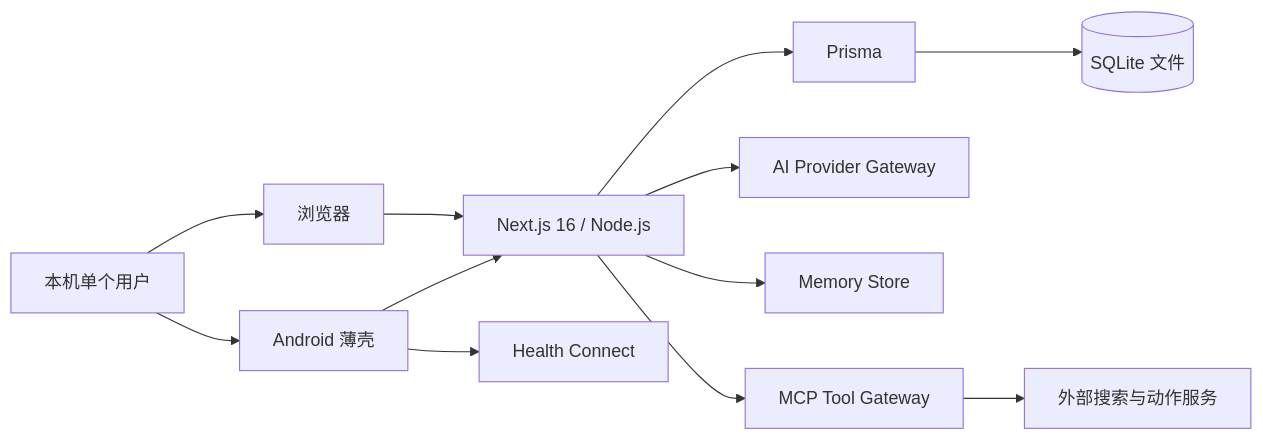
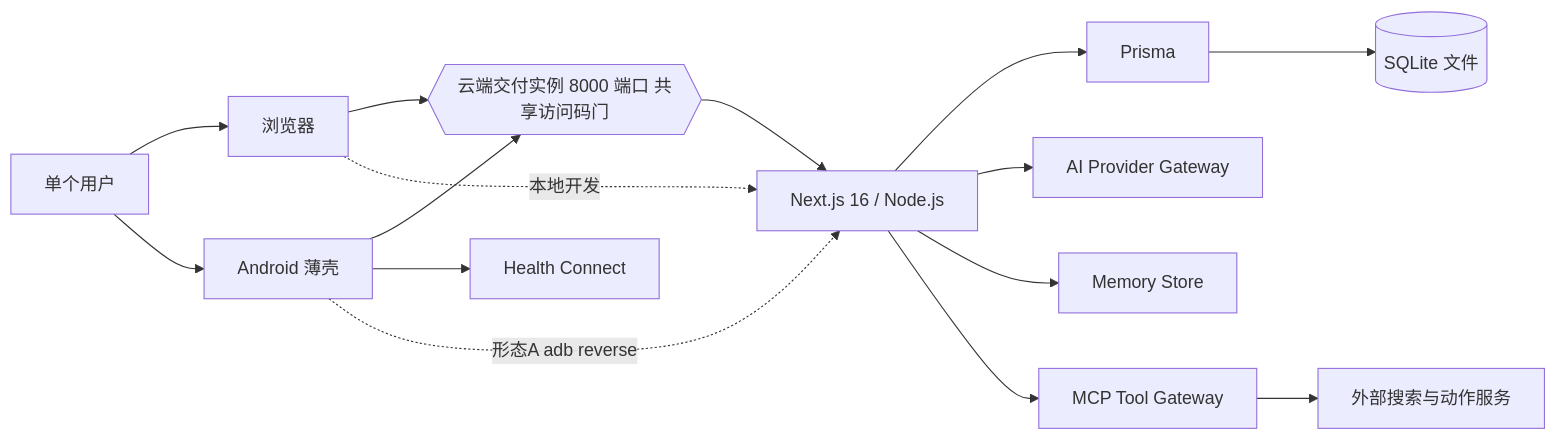
One commit to lehengzhangJacob/software_train changed the diagram in dev_repo/architecture/ARCHITECTURE.md. Above: the diagram before and after it, drawn with Mermaid. The commit also changed other lines of this file and 9 other files, not shown here.

Commit message:
docs(architecture): amend constitution for cloud delivery

```diff
--- a/dev_repo/architecture/ARCHITECTURE.md
+++ b/dev_repo/architecture/ARCHITECTURE.md
@@ -7,14 +7,17 @@
 ~~~mermaid
 flowchart LR
-  U[本机单个用户] --> B[浏览器]
-  B --> N[Next.js 16 / Node.js]
+  U[单个用户] --> B[浏览器]
   U --> SH[Android 薄壳]
-  SH --> N
+  B --> CD{{云端交付实例 8000 端口 共享访问码门}}
+  SH --> CD
   SH --> HC[Health Connect]
+  CD --> N[Next.js 16 / Node.js]
+  B -. 本地开发 .-> N
+  SH -. 形态A adb reverse .-> N
   N --> P[Prisma]
   P --> S[(SQLite 文件)]
   N --> A[AI Provider Gateway]
   N --> M[Memory Store]
   N --> T[MCP Tool Gateway]
   T --> X[外部搜索与动作服务]
 ~~~
```
